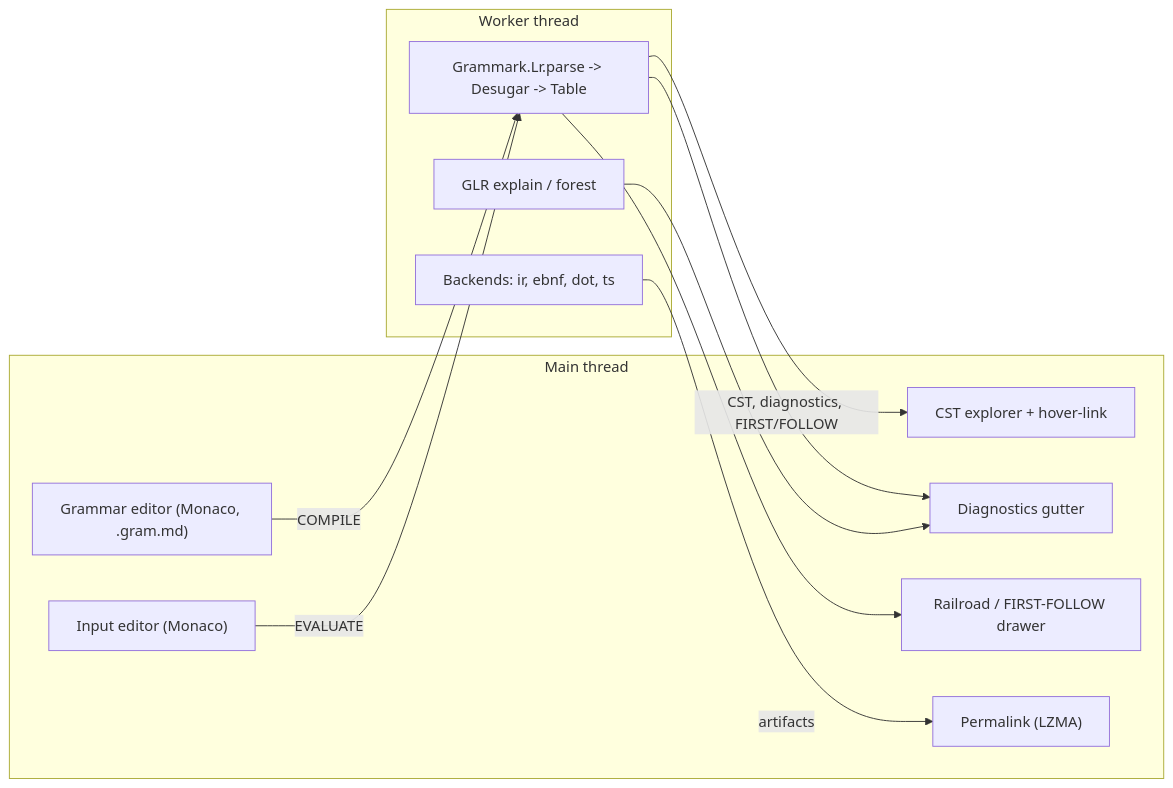
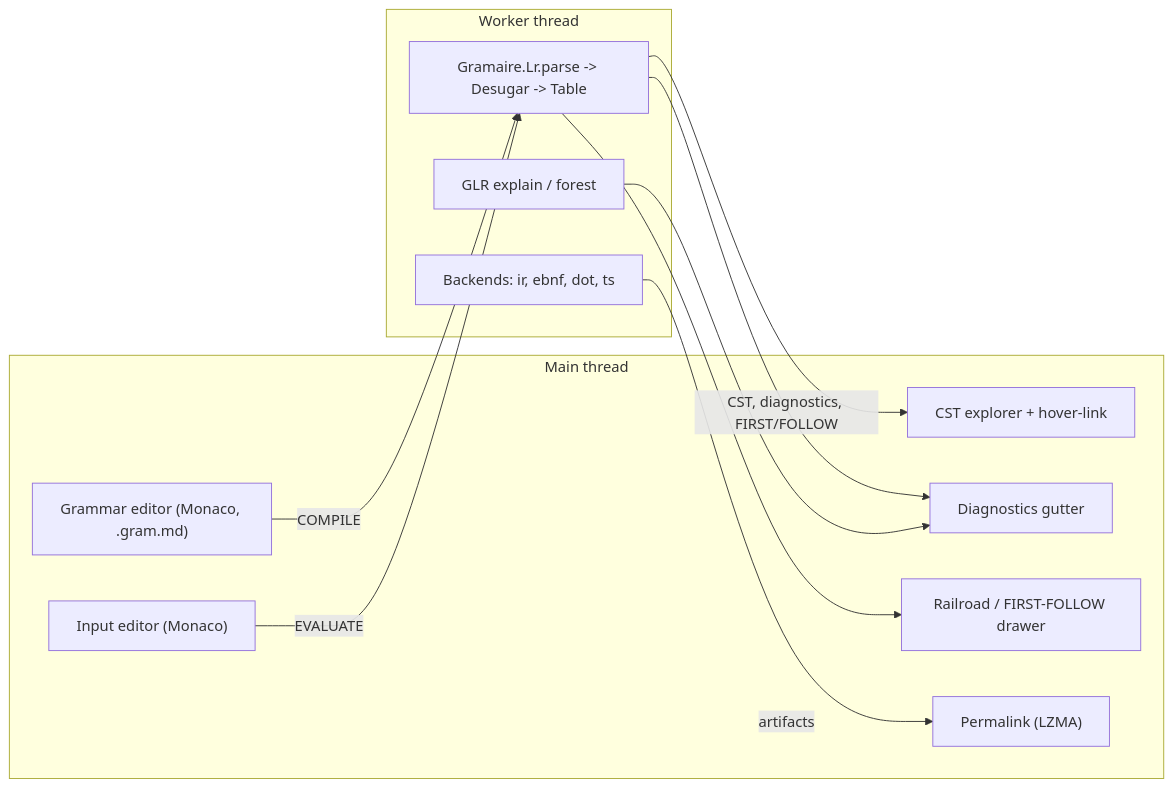
The diagram in docs/playground-spec.md (wstein/gramaire), drawn with Mermaid before and after one commit. The commit also changed other lines of this file and 164 other files, not shown here.

First line of the commit message:
rename: grammark → gramaire everywhere

````diff
--- a/docs/playground-spec.md
+++ b/docs/playground-spec.md
@@ -217,23 +217,23 @@
 ```mermaid
 flowchart LR
   subgraph Main thread
     GE["Grammar editor (Monaco, .gram.md)"]
     IE["Input editor (Monaco)"]
     CST["CST explorer + hover-link"]
     DIAG["Diagnostics gutter"]
     RR["Railroad / FIRST-FOLLOW drawer"]
     URL["Permalink (LZMA)"]
   end
   subgraph Worker thread
-    P["Grammark.Lr.parse -> Desugar -> Table"]
+    P["Gramaire.Lr.parse -> Desugar -> Table"]
     G["GLR explain / forest"]
     B["Backends: ir, ebnf, dot, ts"]
   end
   GE -- COMPILE --> P
   IE -- EVALUATE --> P
   P -- "CST, diagnostics, FIRST/FOLLOW" --> CST
   P --> DIAG
   P --> RR
   G --> DIAG
   B -- artifacts --> URL
 ```
````
